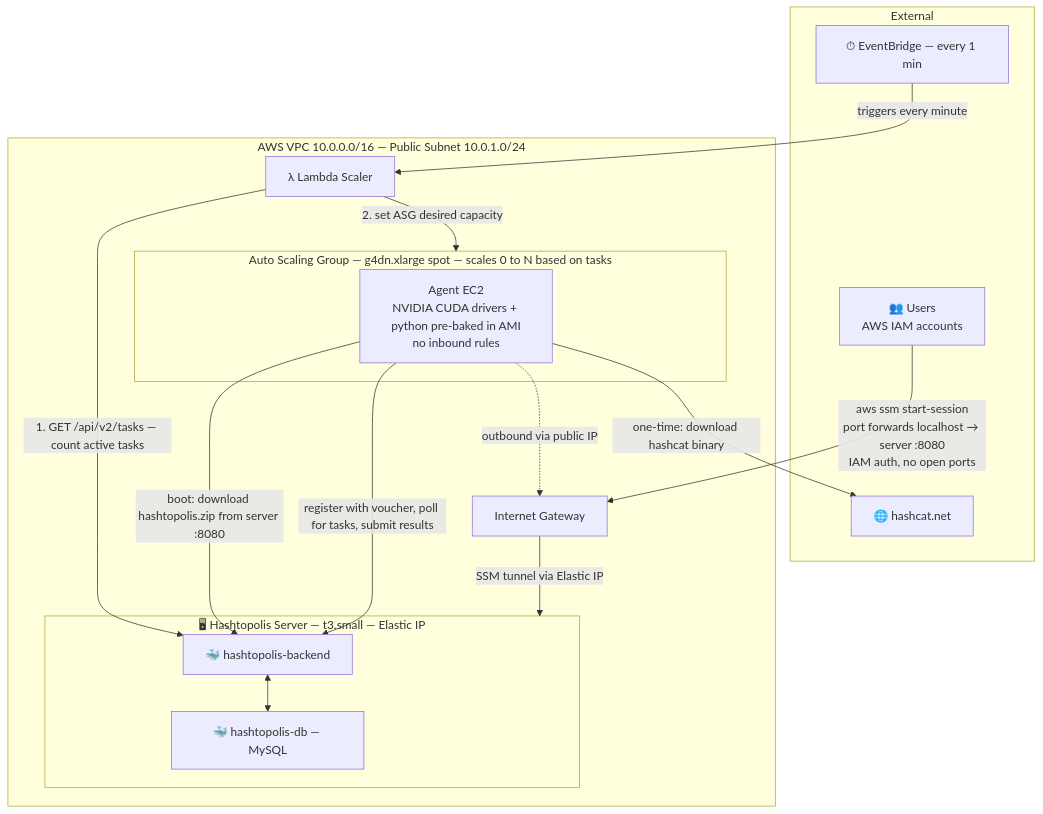
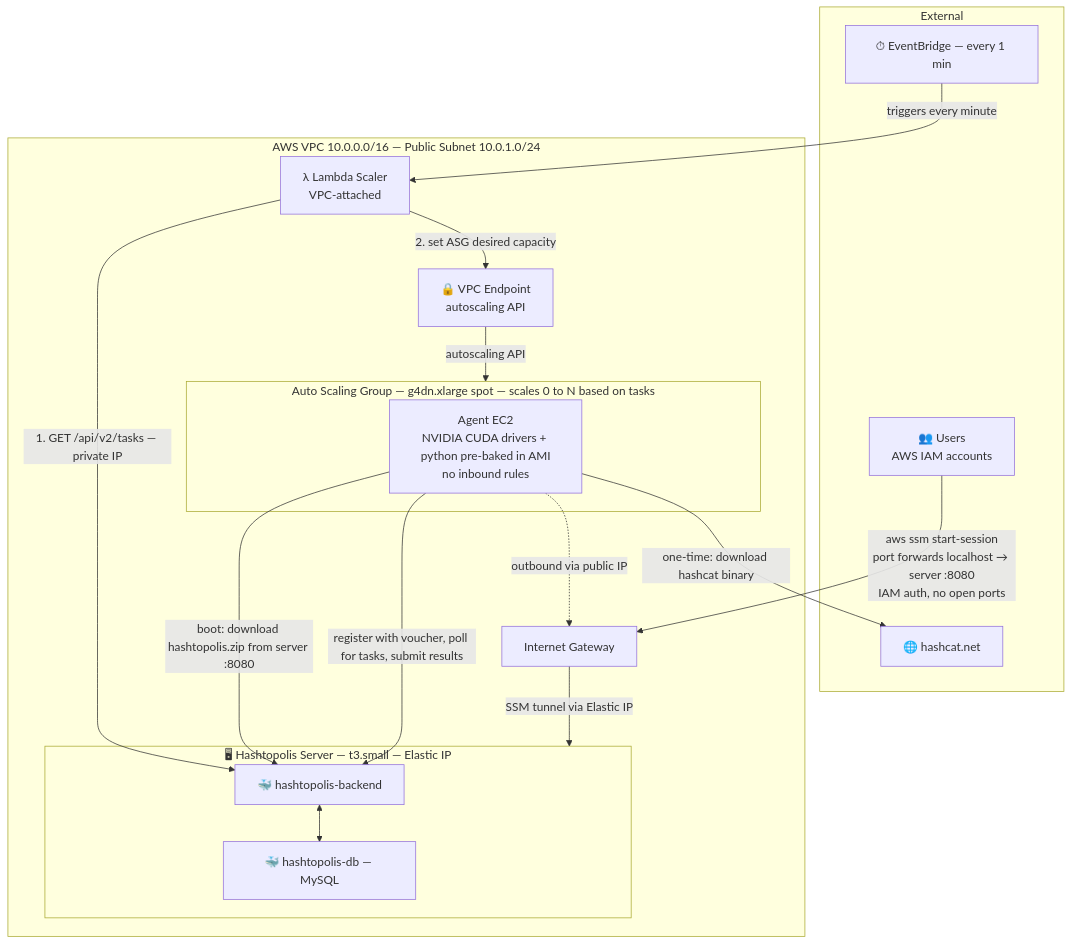
The diagram in architecture.md (jacknelson2351/aws-hashtopolis-cf), drawn with Mermaid before and after one commit. The commit also changed 5 other files, not shown here.

Commit message:
VPC Endpoint security change

````diff
--- a/architecture.md
+++ b/architecture.md
@@ -1,36 +1,38 @@
 ```mermaid
 graph TB
     subgraph EXT["External"]
         Users["👥 Users<br/>AWS IAM accounts"]
         HashcatNet["🌐 hashcat.net"]
         EventBridge["⏱ EventBridge — every 1 min"]
     end
 
     subgraph VPC["AWS VPC 10.0.0.0/16 — Public Subnet 10.0.1.0/24"]
         IGW["Internet Gateway"]
 
         subgraph ServerEC2["🖥 Hashtopolis Server — t3.small — Elastic IP"]
             Backend["🐳 hashtopolis-backend"]
             DB["🐳 hashtopolis-db — MySQL"]
             Backend <--> DB
         end
 
         subgraph ASG["Auto Scaling Group — g4dn.xlarge spot — scales 0 to N based on tasks"]
             Agent["Agent EC2<br/>NVIDIA CUDA drivers + python pre-baked in AMI<br/>no inbound rules"]
         end
 
-        Lambda["λ Lambda Scaler"]
+        Lambda["λ Lambda Scaler<br/>VPC-attached"]
+        Endpoint["🔒 VPC Endpoint<br/>autoscaling API"]
     end
 
     Users -->|"aws ssm start-session<br/>port forwards localhost → server :8080<br/>IAM auth, no open ports"| IGW
     IGW -->|"SSM tunnel via Elastic IP"| ServerEC2
 
     EventBridge -->|"triggers every minute"| Lambda
-    Lambda -->|"1. GET /api/v2/tasks — count active tasks"| Backend
-    Lambda -->|"2. set ASG desired capacity"| ASG
+    Lambda -->|"1. GET /api/v2/tasks — private IP"| Backend
+    Lambda -->|"2. set ASG desired capacity"| Endpoint
+    Endpoint -->|"autoscaling API"| ASG
 
     Agent -->|"boot: download hashtopolis.zip from server :8080"| Backend
     Agent -->|"register with voucher, poll for tasks, submit results"| Backend
     Agent -->|"one-time: download hashcat binary"| HashcatNet
     Agent -.->|"outbound via public IP"| IGW
 ```
````
